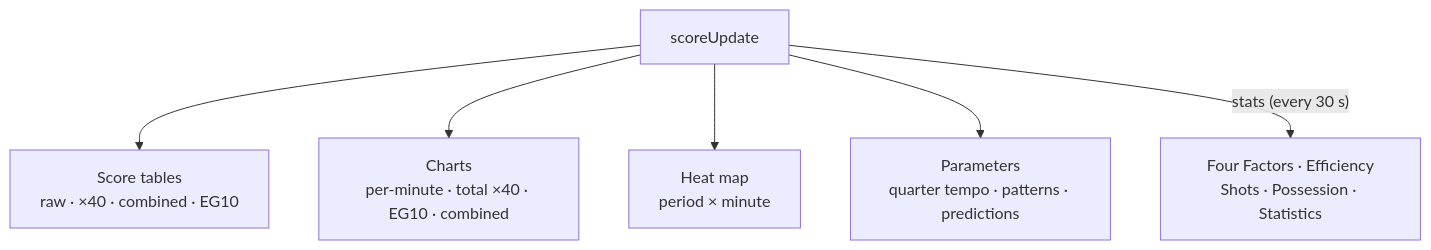
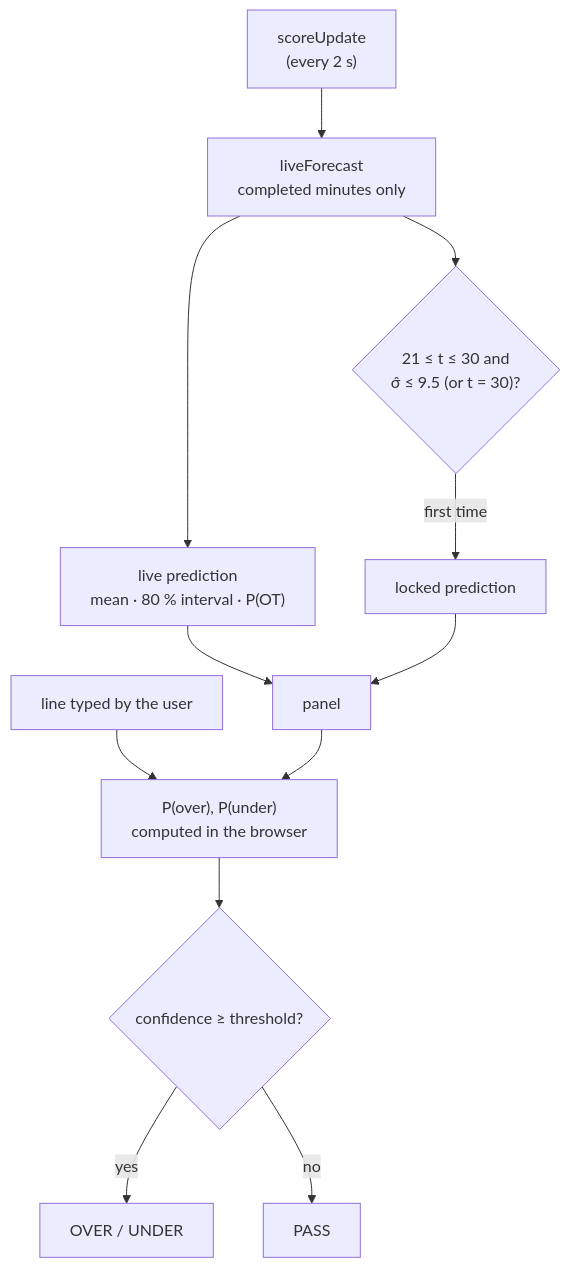
The second of 2 diagrams in README.md (aral-by/basketscrape), drawn with Mermaid before and after one commit. The commit also changed other lines of this file and 15 other files, not shown here.

First line of the commit message:
feat: new live prediction panel connected to the eb_plus engine

````diff
--- a/README.md
+++ b/README.md
@@ -105,8 +121,14 @@
 ```mermaid
 flowchart TB
-    S["scoreUpdate"] --> T["Score tables<br/>raw · ×40 · combined · EG10"]
-    S --> C["Charts<br/>per-minute · total ×40 · EG10 · combined"]
-    S --> H["Heat map<br/>period × minute"]
-    S --> P["Parameters<br/>quarter tempo · patterns · predictions"]
-    S -- "stats (every 30 s)" --> M["Four Factors · Efficiency<br/>Shots · Possession · Statistics"]
+    SU["scoreUpdate<br/>(every 2 s)"] --> LF["liveForecast<br/>completed minutes only"]
+    LF --> NOW["live prediction<br/>mean · 80 % interval · P(OT)"]
+    LF --> LOCK{"21 ≤ t ≤ 30 and<br/>σ̂ ≤ 9.5 (or t = 30)?"}
+    LOCK -- "first time" --> LK["locked prediction"]
+    NOW --> UI["panel"]
+    LK --> UI
+    LINE["line typed by the user"] --> OU["P(over), P(under)<br/>computed in the browser"]
+    UI --> OU
+    OU --> V{"confidence ≥ threshold?"}
+    V -- yes --> D["OVER / UNDER"]
+    V -- no --> PASS["PASS"]
 ```
````
